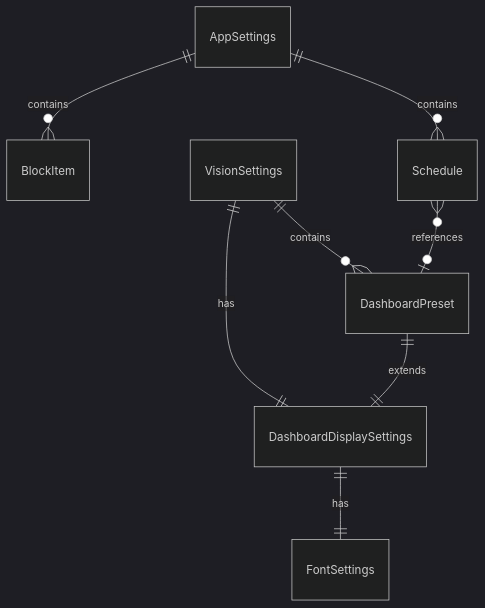
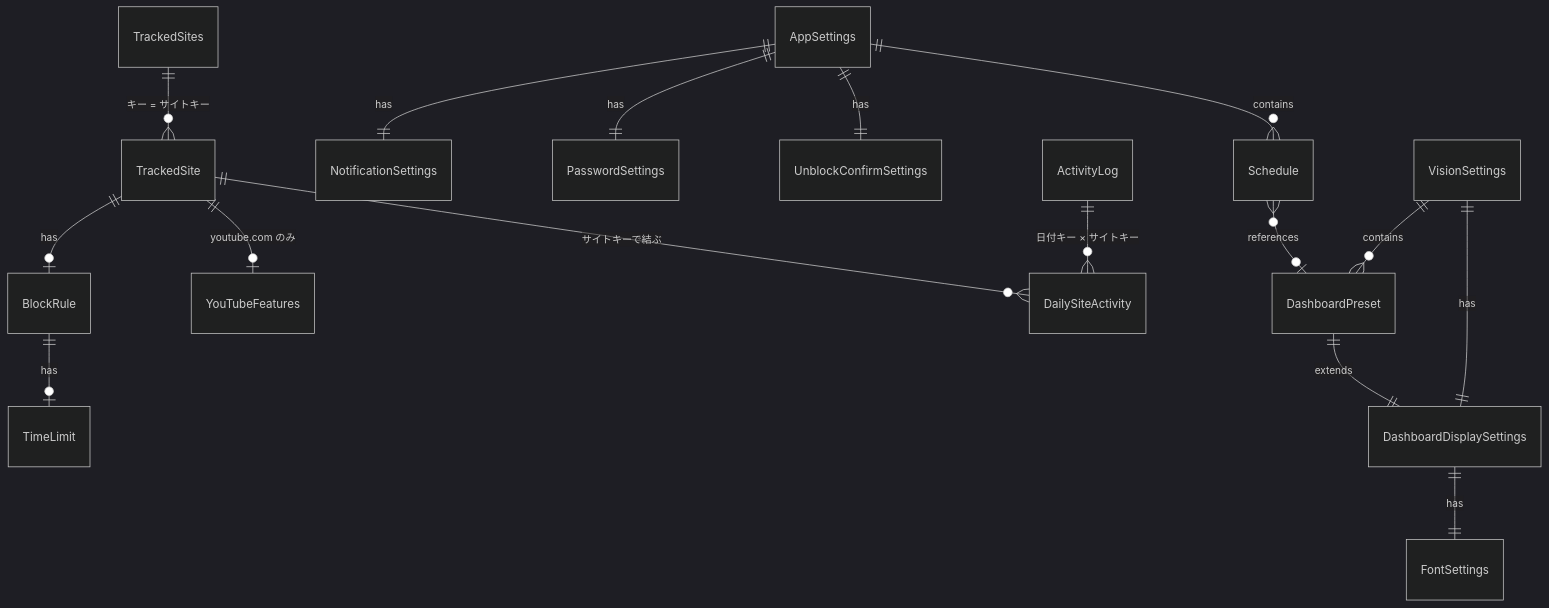
Before and after one commit to machina-gg/vision-focus: the diagram in docs/DATA_MODEL.md, drawn with Mermaid (dark theme). The commit also changed other lines of this file and 125 other files, not shown here.

````diff
--- a/docs/DATA_MODEL.md
+++ b/docs/DATA_MODEL.md
@@ -25,13 +32,21 @@
 ```mermaid
 erDiagram
-    AppSettings ||--o{ BlockItem : contains
     AppSettings ||--o{ Schedule : contains
+    AppSettings ||--|| NotificationSettings : has
+    AppSettings ||--|| PasswordSettings : has
+    AppSettings ||--|| UnblockConfirmSettings : has
+
+    TrackedSites ||--o{ TrackedSite : "キー = サイトキー"
+    TrackedSite ||--o| BlockRule : has
+    TrackedSite ||--o| YouTubeFeatures : "youtube.com のみ"
+    BlockRule ||--o| TimeLimit : has
+
+    ActivityLog ||--o{ DailySiteActivity : "日付キー × サイトキー"
+    TrackedSite ||--o{ DailySiteActivity : "サイトキーで結ぶ"
 
     VisionSettings ||--|| DashboardDisplaySettings : has
     VisionSettings ||--o{ DashboardPreset : contains
-
     DashboardPreset ||--|| DashboardDisplaySettings : extends
     DashboardDisplaySettings ||--|| FontSettings : has
-
     Schedule }o--o| DashboardPreset : references
 ```
````
